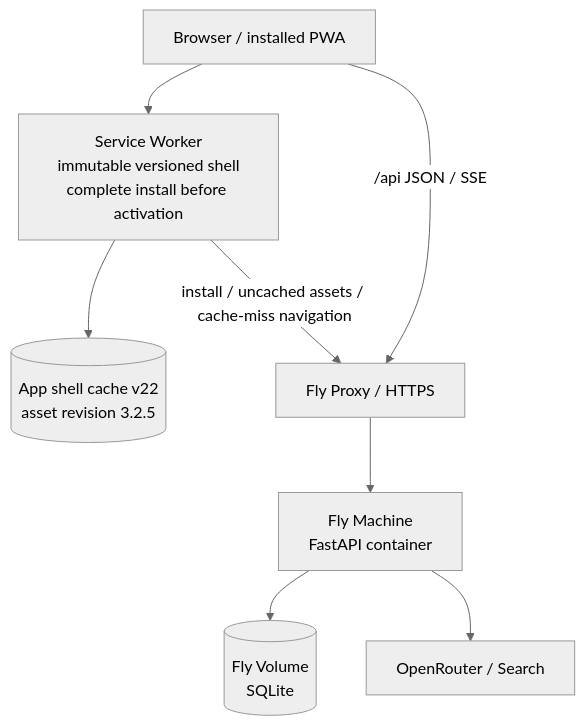
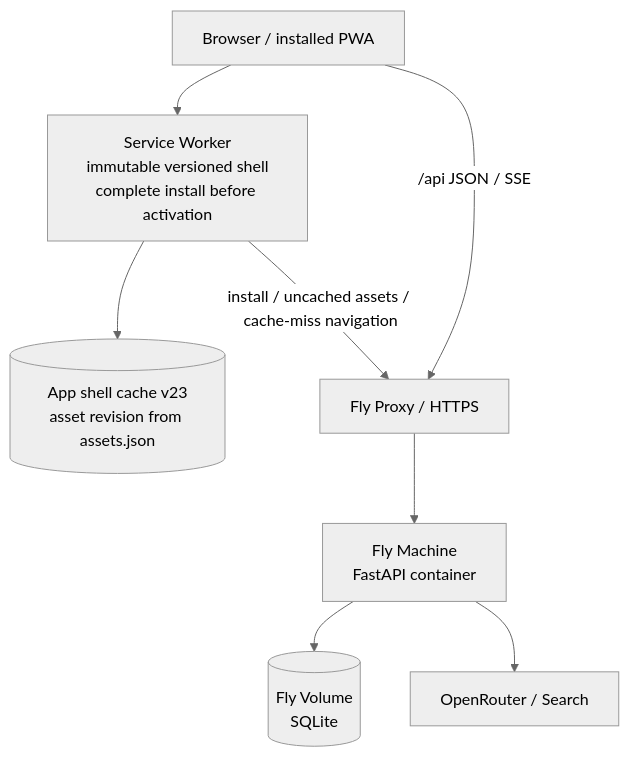
One commit to Teng91/running-shoes changed the seventh of 8 diagrams in docs/architecture.md. Above: the diagram before and after it, drawn with Mermaid (neutral theme). The commit also changed other lines of this file and 96 other files, not shown here.

````diff
--- a/docs/architecture.md
+++ b/docs/architecture.md
@@ -251,18 +306,18 @@
 ```mermaid
 flowchart TB
     Browser[Browser / installed PWA]
     SW[Service Worker<br/>immutable versioned shell<br/>complete install before activation]
-    Shell[(App shell cache v22<br/>asset revision 3.2.5)]
+    Shell[(App shell cache v23<br/>asset revision from assets.json)]
     FlyProxy[Fly Proxy / HTTPS]
     Machine[Fly Machine<br/>FastAPI container]
     Volume[(Fly Volume<br/>SQLite)]
     External[OpenRouter / Search]
 
     Browser --> SW
     SW --> Shell
     SW -->|install / uncached assets / cache-miss navigation| FlyProxy
     Browser -->|/api JSON / SSE| FlyProxy
     FlyProxy --> Machine
     Machine --> Volume
     Machine --> External
 ```
````
